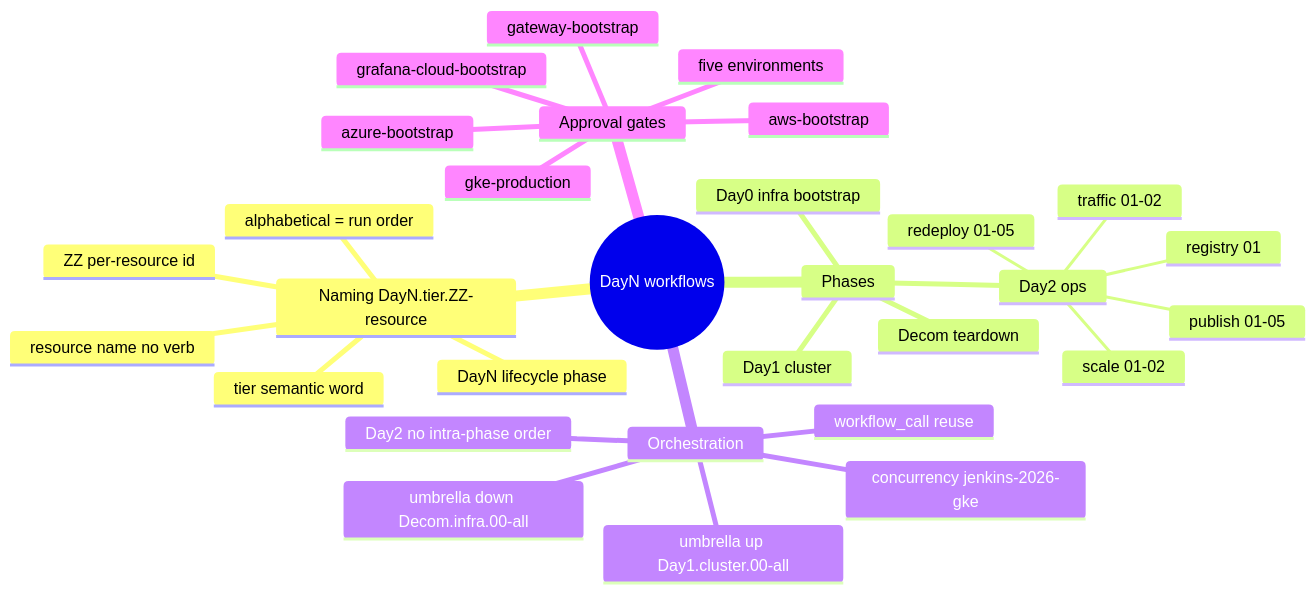
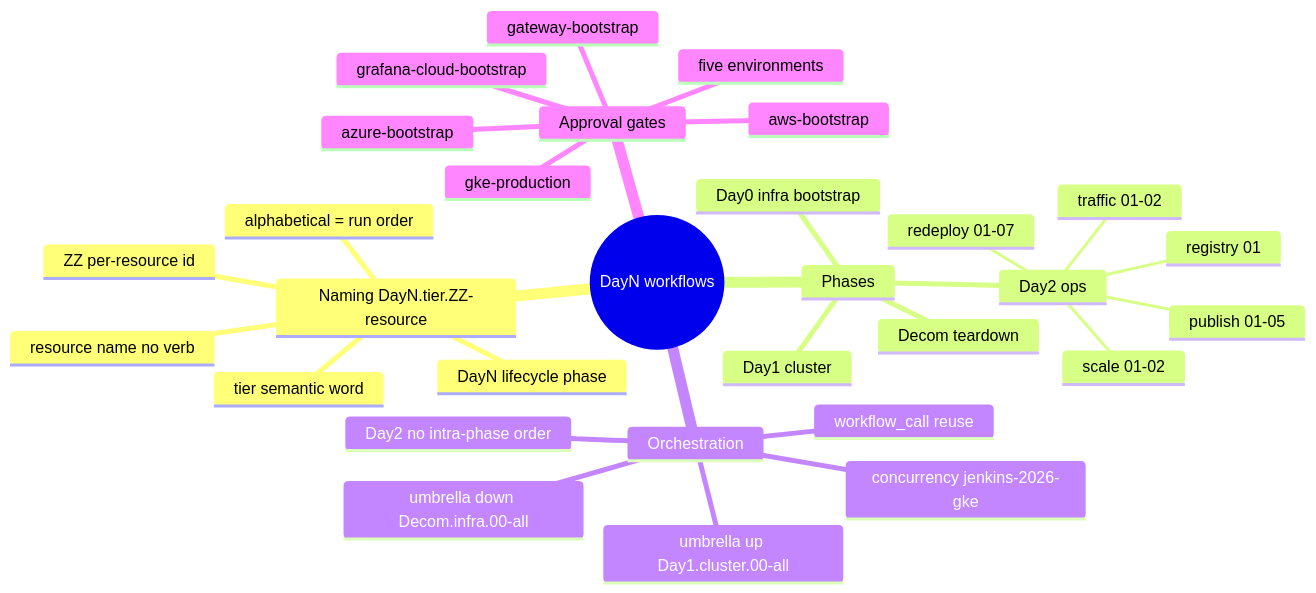
The first of 10 diagrams in docs/101-GITHUB_ACTIONS_WORKFLOWS.md (nubenetes/jenkins-2026), drawn with Mermaid before and after one commit. The commit also changed other lines of this file and 8 other files, not shown here.

````diff
--- a/docs/101-GITHUB_ACTIONS_WORKFLOWS.md
+++ b/docs/101-GITHUB_ACTIONS_WORKFLOWS.md
@@ -14,33 +14,33 @@
 ```mermaid
 mindmap
   root((DayN workflows))
     Naming DayN.tier.ZZ-resource
       DayN lifecycle phase
       tier semantic word
       ZZ per-resource id
       resource name no verb
       alphabetical = run order
     Phases
       Day0 infra bootstrap
       Day1 cluster
       Day2 ops
         publish 01-05
-        redeploy 01-05
+        redeploy 01-07
         registry 01
         scale 01-02
         traffic 01-02
       Decom teardown
     Orchestration
       concurrency jenkins-2026-gke
       workflow_call reuse
       umbrella up Day1.cluster.00-all
       umbrella down Decom.infra.00-all
       Day2 no intra-phase order
     Approval gates
       five environments
       gke-production
       gateway-bootstrap
       grafana-cloud-bootstrap
       azure-bootstrap
       aws-bootstrap
 ```
````
